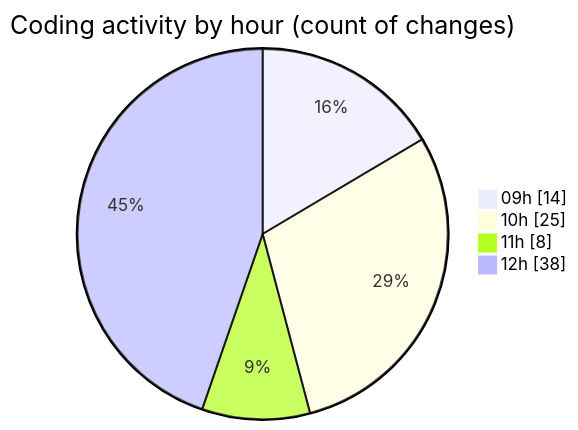
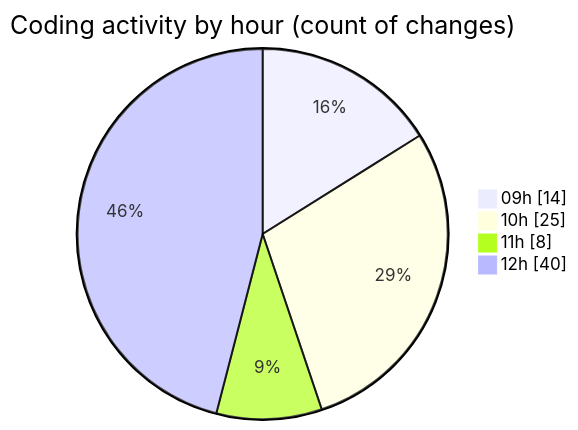
Before and after one commit to momahboobian/code-tracking: the second of 2 diagrams in 2025-06-03/cda/README.md, drawn with Mermaid. The commit also changed other lines of this file and 1 other file, not shown here.

````diff
--- a/2025-06-03/cda/README.md
+++ b/2025-06-03/cda/README.md
@@ -33,8 +33,8 @@
 ```mermaid
 pie showData
 title Coding activity by hour (count of changes)
 "09h" : 14
 "10h" : 25
 "11h" : 8
-"12h" : 38
+"12h" : 40
 ```
````
